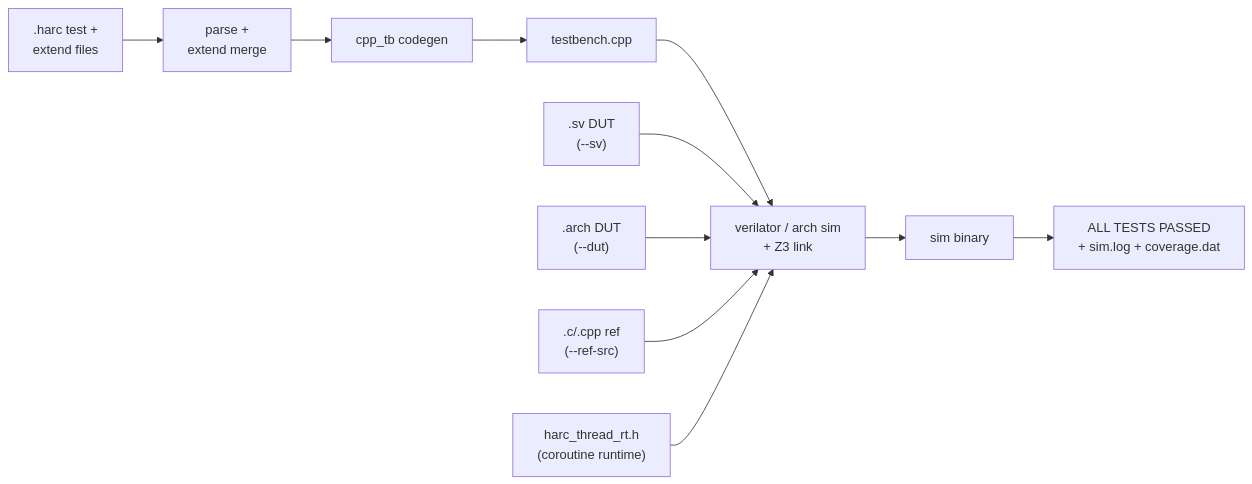
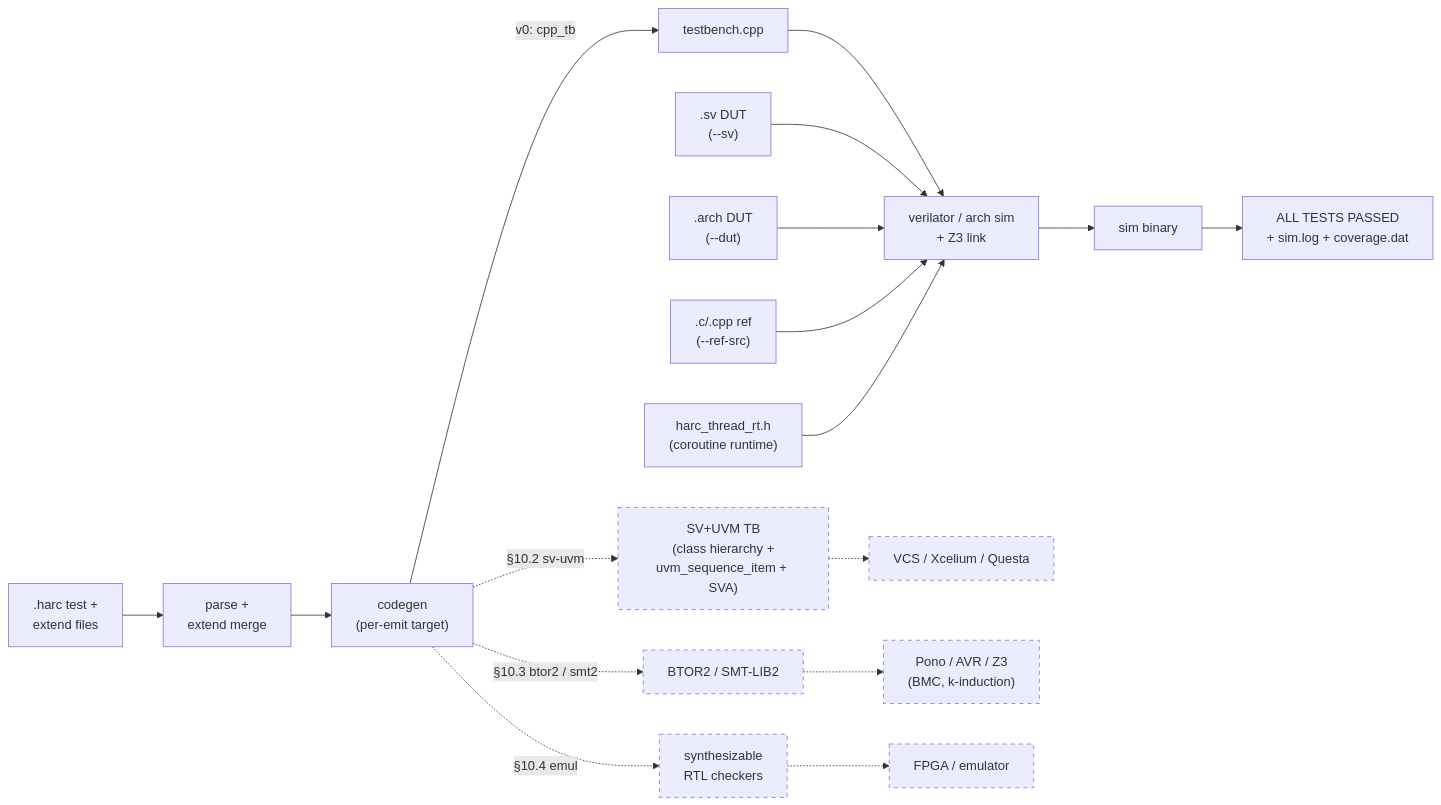
The diagram in README.md (arch-hdl-lang/harc-com), drawn with Mermaid before and after one commit. The commit also changed other lines of this file, not shown here.

Commit message:
docs(readme): extend compile-flow diagram with §10 emit roadmap
The previous diagram showed only the v0 cpp_tb path. Extends it to
include the three roadmap emit targets (spec §10.2 / §10.3 / §10.4):

  - §10.2 sv-uvm  → SV+UVM TB → vendor SV simulator
  - §10.3 btor2/smt2 → BTOR2/SMT-LIB2 → Pono/AVR/Z3 (formal)
  - §10.4 emul    → synthesizable RTL checkers → FPGA/emulator

Visual convention: solid arrows + boxes = ships in v0; dashed
arrows + node borders (via Mermaid `style ... stroke-dasharray`) =
roadmap. A one-line caption above the diagram makes the convention
explicit so the reader doesn't read dashed paths as "available."

Caption below the diagram now has two paragraphs:
- v0 path (unchanged)
- The roadmap paths: shared parser/AST/IR, branch at codegen,
  contracts documented in spec §10. Explicit "none of the three ship
  in v0" so the diagram doesn't overpromise.

Mermaid `style NODE_ID stroke-dasharray: 5 5` is GitHub-flavored
mermaid; renders inline on the README landing page.

````diff
--- a/README.md
+++ b/README.md
@@ -121,21 +123,36 @@
 ```mermaid
 graph LR
     H[".harc test +<br/>extend files"]
     H --> Parse["parse +<br/>extend merge"]
-    Parse --> Codegen["cpp_tb codegen"]
-    Codegen --> TB["testbench.cpp"]
+    Parse --> Codegen["codegen<br/>(per-emit target)"]
+
+    Codegen -->|"v0: cpp_tb"| TB["testbench.cpp"]
+    Codegen -.->|"§10.2 sv-uvm"| SVUVM["SV+UVM TB<br/>(class hierarchy +<br/>uvm_sequence_item + SVA)"]
+    Codegen -.->|"§10.3 btor2 / smt2"| Formal["BTOR2 / SMT-LIB2"]
+    Codegen -.->|"§10.4 emul"| Emul["synthesizable<br/>RTL checkers"]
 
     SV[".sv DUT<br/>(--sv)"]
     ARCH[".arch DUT<br/>(--dut)"]
     REF[".c/.cpp ref<br/>(--ref-src)"]
     RT["harc_thread_rt.h<br/>(coroutine runtime)"]
 
     TB --> Build["verilator / arch sim<br/>+ Z3 link"]
     SV --> Build
     ARCH --> Build
     REF --> Build
     RT --> Build
 
     Build --> Bin["sim binary"]
     Bin --> Out["ALL TESTS PASSED<br/>+ sim.log + coverage.dat"]
+
+    SVUVM -.-> VendorSim["VCS / Xcelium / Questa"]
+    Formal -.-> FormalTool["Pono / AVR / Z3<br/>(BMC, k-induction)"]
+    Emul -.-> EmulPlatform["FPGA / emulator"]
+
+    style SVUVM stroke-dasharray: 5 5
+    style Formal stroke-dasharray: 5 5
+    style Emul stroke-dasharray: 5 5
+    style VendorSim stroke-dasharray: 5 5
+    style FormalTool stroke-dasharray: 5 5
+    style EmulPlatform stroke-dasharray: 5 5
 ```
````
